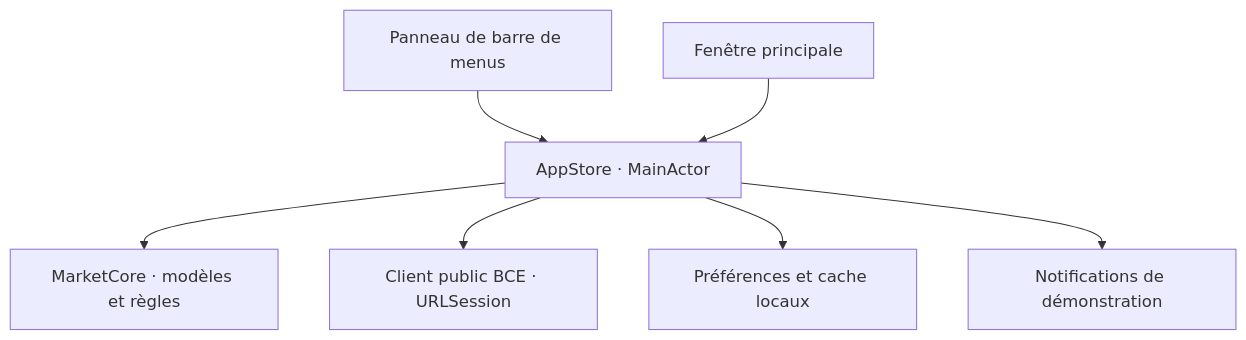
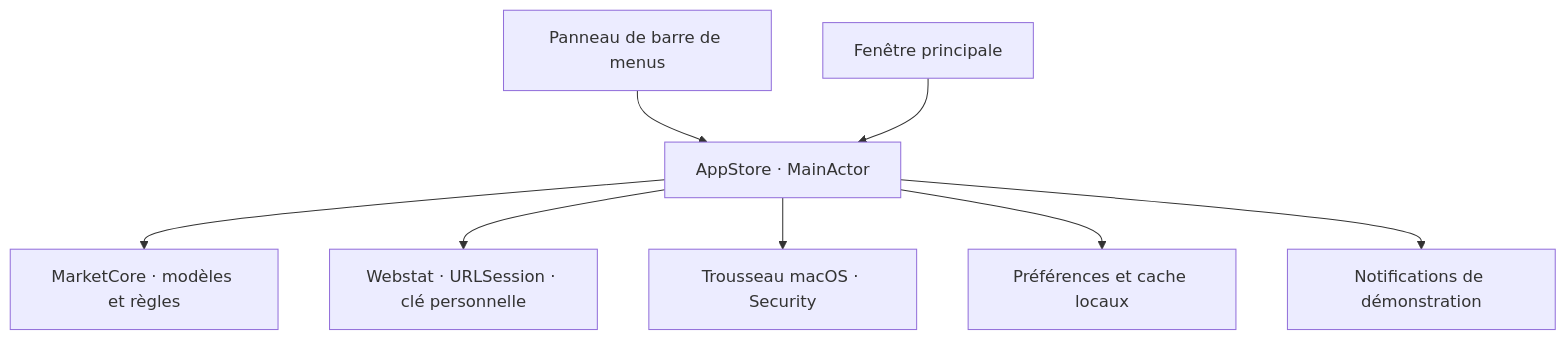
The diagram in docs/ARCHITECTURE.md (antoineberjoan/sema), drawn with Mermaid before and after one commit. The commit also changed other lines of this file and 15 other files, not shown here.

Commit message:
Connect macro indicators to Webstat with personal Keychain credentials

````diff
--- a/docs/ARCHITECTURE.md
+++ b/docs/ARCHITECTURE.md
@@ -7,9 +7,10 @@
 ```mermaid
 flowchart TB
     Menu["Panneau de barre de menus"] --> Store["AppStore · MainActor"]
     Window["Fenêtre principale"] --> Store
     Store --> Core["MarketCore · modèles et règles"]
-    Store --> ECB["Client public BCE · URLSession"]
+    Store --> Webstat["Webstat · URLSession · clé personnelle"]
+    Store --> Keychain["Trousseau macOS · Security"]
     Store --> Local["Préférences et cache locaux"]
     Store --> Notification["Notifications de démonstration"]
 ```
````
